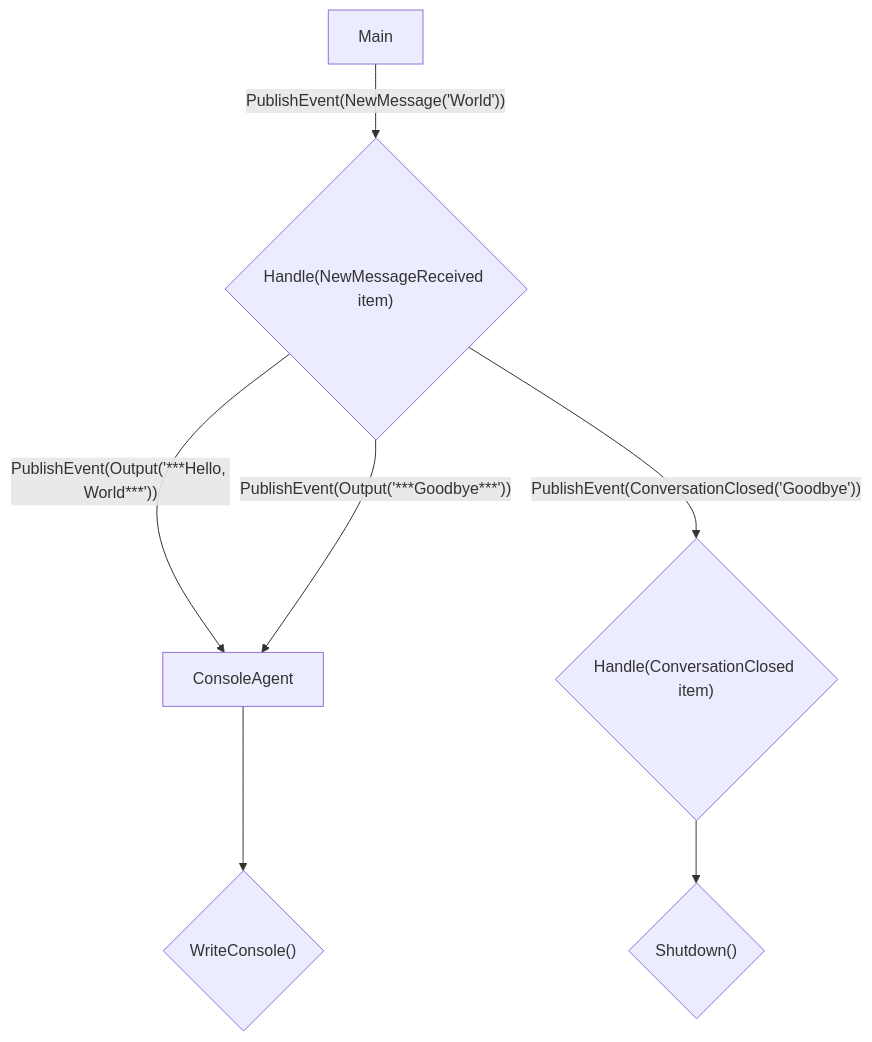
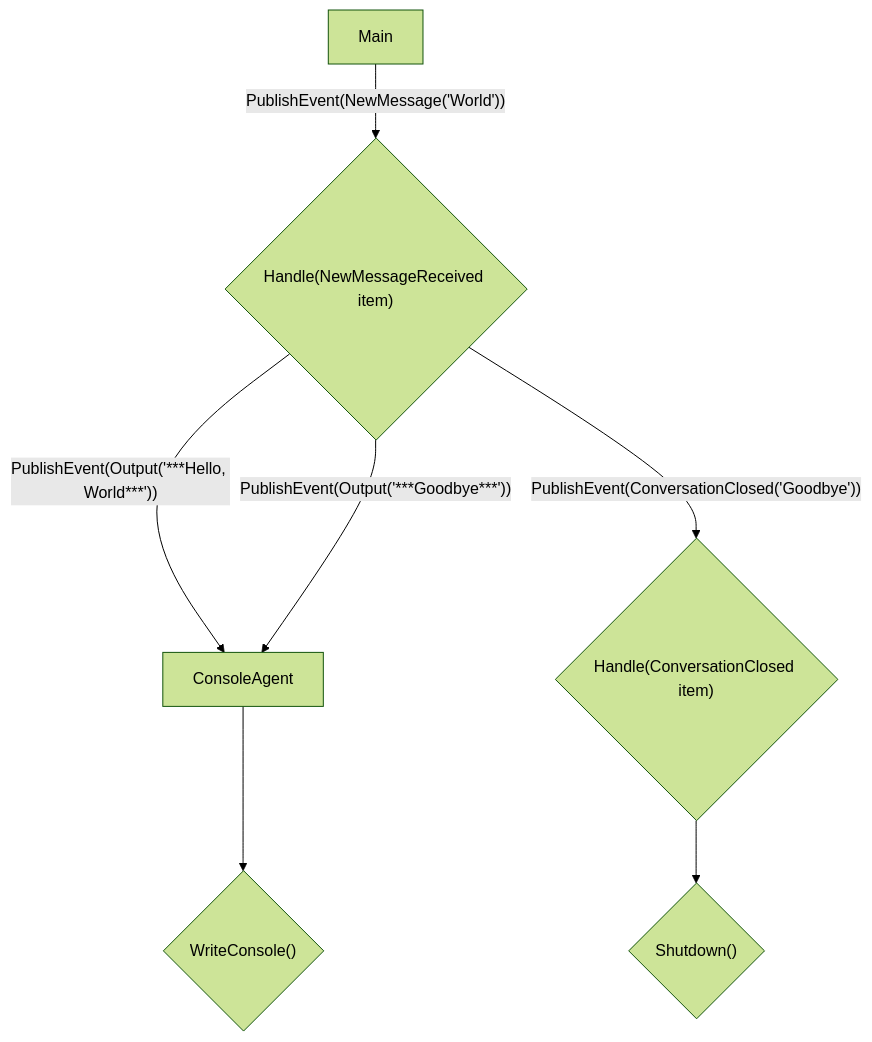
Before and after one commit to microsoft/autogen: the diagram in dotnet/samples/Hello/README.md, drawn with Mermaid.

Commit message:
mermaid theme

````diff
--- a/dotnet/samples/Hello/README.md
+++ b/dotnet/samples/Hello/README.md
@@ -25,10 +25,11 @@
 ```mermaid
+%%{init: {'theme':'forest'}}%%
 graph TD;
     A[Main] --> |"PublishEvent(NewMessage('World'))"| B{"Handle(NewMessageReceived item)"}
     B --> |"PublishEvent(Output('***Hello, World***'))"| C[ConsoleAgent]
     C --> D{"WriteConsole()"}
     B --> |"PublishEvent(ConversationClosed('Goodbye'))"| E{"Handle(ConversationClosed item)"}
     B --> |"PublishEvent(Output('***Goodbye***'))"| C
     E --> F{"Shutdown()"}
 
 ```
````
